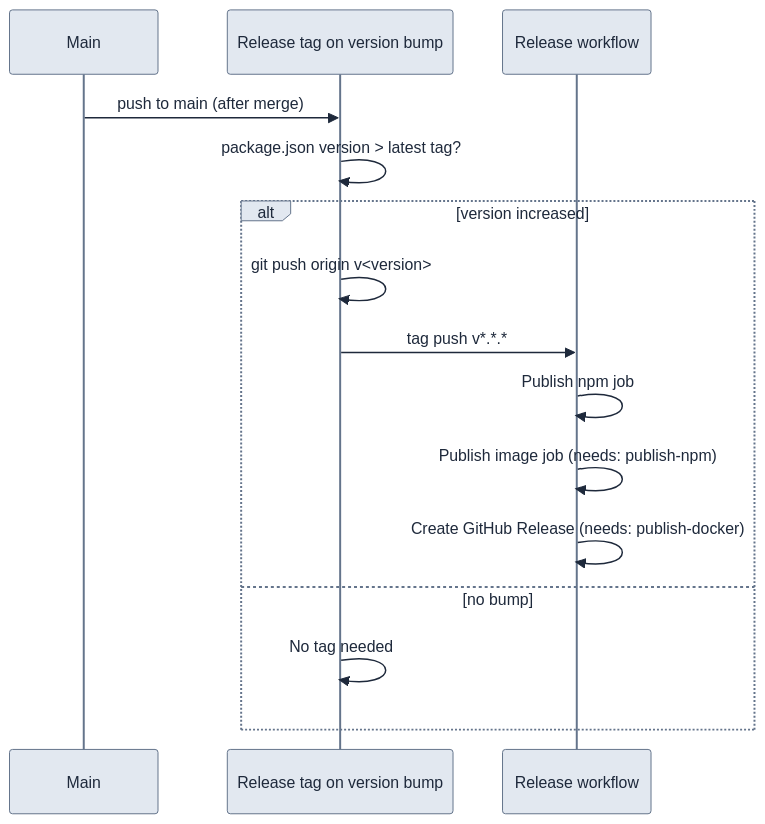
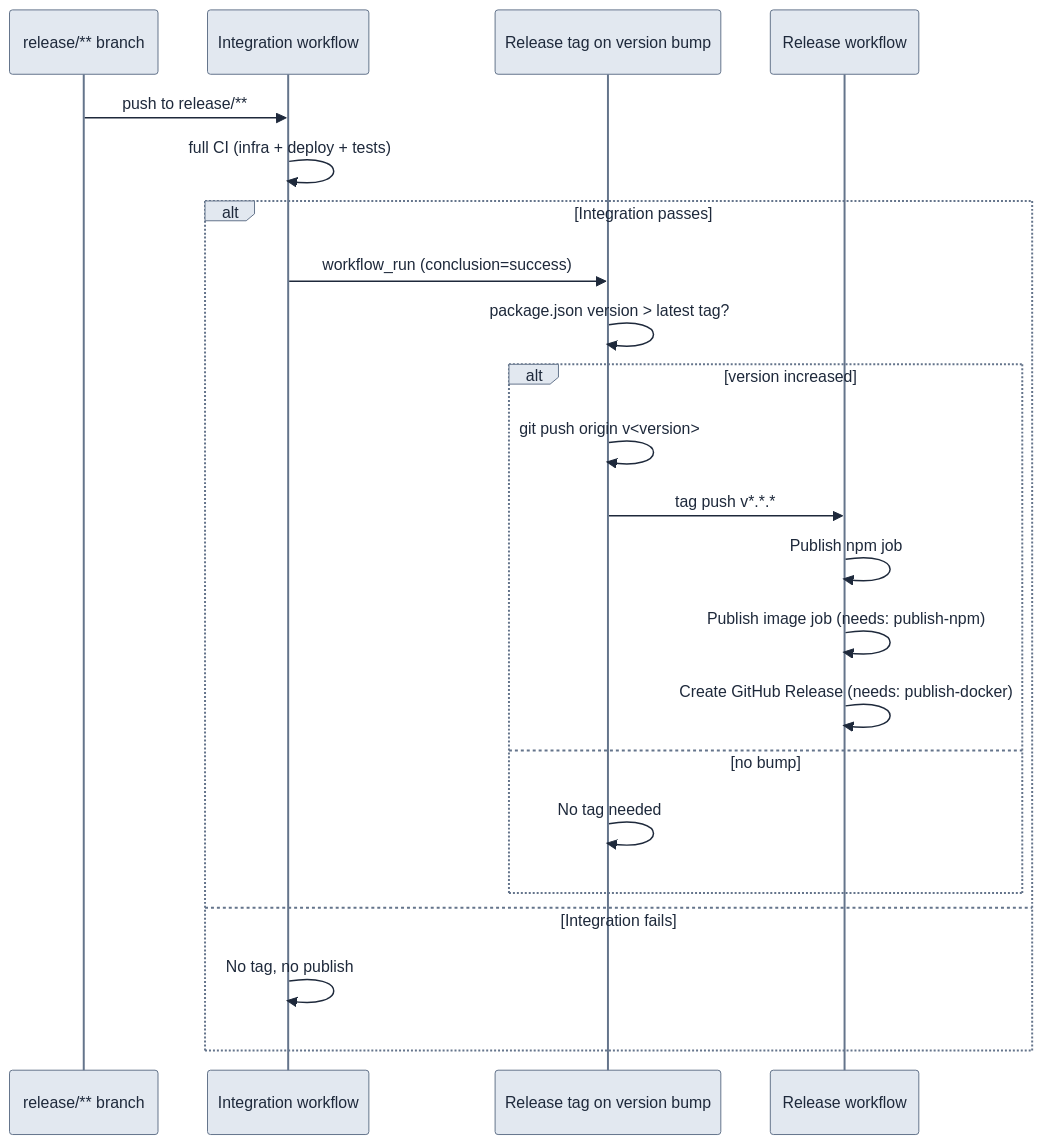
One commit to debian777/kairos-mcp changed the third of 3 diagrams in .github/workflows/README.md. Above: the diagram before and after it, drawn with Mermaid. The commit also changed other lines of this file and 5 other files, not shown here.

Commit message:
feat: implement release/* branch pipeline — Integration → Auto tag → Publish → GitHub Release

````diff
--- a/.github/workflows/README.md
+++ b/.github/workflows/README.md
@@ -111,19 +116,26 @@
 ```mermaid
 %%{init: {'theme':'base', 'themeVariables': { 'primaryColor':'#e2e8f0', 'primaryTextColor':'#1e293b', 'primaryBorderColor':'#64748b', 'lineColor':'#64748b', 'secondaryColor':'#fef3c7', 'tertiaryColor':'#dcfce7' }}}%%
 sequenceDiagram
-  participant Main as Main #e2e8f0
+  participant RelBranch as release/** branch #e2e8f0
+  participant INT as Integration workflow #dcfce7
   participant RTAG as Release tag on version bump #fef3c7
   participant REL as Release workflow #fef3c7
 
-  Main->>RTAG: push to main (after merge)
-  RTAG->>RTAG: package.json version > latest tag?
-  alt version increased
-    RTAG->>RTAG: git push origin v<version>
-  RTAG->>REL: tag push v*.*.*
-  REL->>REL: Publish npm job
-  REL->>REL: Publish image job (needs: publish-npm)
-  REL->>REL: Create GitHub Release (needs: publish-docker)
-  else no bump
-    RTAG->>RTAG: No tag needed
+  RelBranch->>INT: push to release/**
+  INT->>INT: full CI (infra + deploy + tests)
+  alt Integration passes
+    INT->>RTAG: workflow_run (conclusion=success)
+    RTAG->>RTAG: package.json version > latest tag?
+    alt version increased
+      RTAG->>RTAG: git push origin v<version>
+      RTAG->>REL: tag push v*.*.*
+      REL->>REL: Publish npm job
+      REL->>REL: Publish image job (needs: publish-npm)
+      REL->>REL: Create GitHub Release (needs: publish-docker)
+    else no bump
+      RTAG->>RTAG: No tag needed
+    end
+  else Integration fails
+    INT->>INT: No tag, no publish
   end
 ```
````
